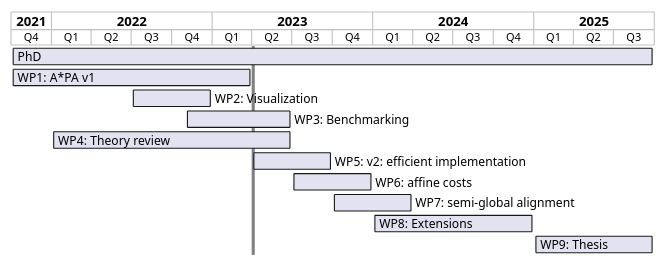
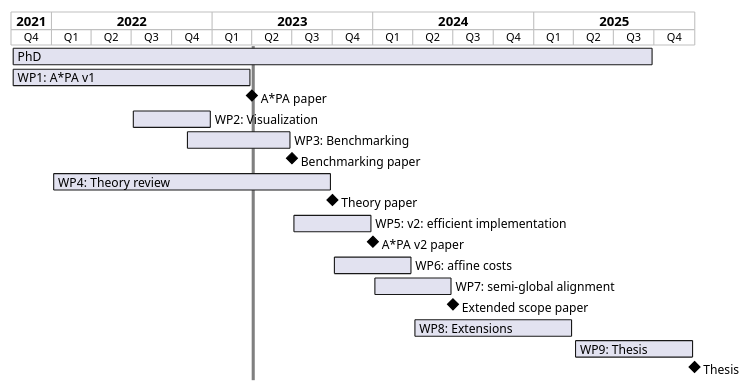
Before and after one commit to RagnarGrootKoerkamp/research: the diagram in posts/research-proposal/research-proposal.org, drawn with PlantUML. The commit also changed other lines of this file and 2 other files, not shown here.

```diff
--- a/posts/research-proposal/research-proposal.org
+++ b/posts/research-proposal/research-proposal.org
@@ -641,18 +646,24 @@
 #+begin_src plantuml :file time-schedule.png :eval no-export :exports none
 @startgantt
 hide footbox
 projectscale quarterly
 Project starts 2021-10-01
 [PhD] starts 2021-10-01 and ends 2025-10-01
 [WP1: A*PA v1] starts 2021-10-01 and ends 2023-04-01
+[A*PA paper] happens at [WP1: A*PA v1]'s end
 [WP2: Visualization] starts 2022-07-01 and ends 2023-01-01
 [WP3: Benchmarking] starts 2022-11-01 and ends 2023-07-01
-[WP4: Theory review] starts 2022-01-01 and ends 2023-07-01
-[WP5: v2: efficient implementation] starts 2023-04-01 and ends 2023-10-01
-[WP6: affine costs] starts 2023-07-01 and ends 2024-01-01
-[WP7: semi-global alignment] starts 2023-10-01 and ends 2024-04-01
-[WP8: Extensions] starts 2024-01-01 and ends 2025-01-01
-[WP9: Thesis] starts 2025-01-01 and ends 2025-10-01
+[Benchmarking paper] happens at [WP3: Benchmarking]'s end
+[WP4: Theory review] starts 2022-01-01 and ends 2023-10-01
+[Theory paper] happens at [WP4: Theory review]'s end
+[WP5: v2: efficient implementation] starts 2023-07-01 and ends 2024-01-01
+[A*PA v2 paper] happens at [WP5: v2: efficient implementation]'s end
+[WP6: affine costs] starts 2023-10-01 and ends 2024-04-01
+[WP7: semi-global alignment] starts 2024-01-01 and ends 2024-07-01
+[Extended scope paper] happens at [WP7: semi-global alignment]'s end
+[WP8: Extensions] starts 2024-04-01 and ends 2025-04-01
+[WP9: Thesis] starts 2025-04-01 and ends 2026-01-01
+[Thesis] happens at [WP9: Thesis]'s end
 2023-04-01 to 2023-04-07 is colored gray
 @endgantt
 #+end_src
```
